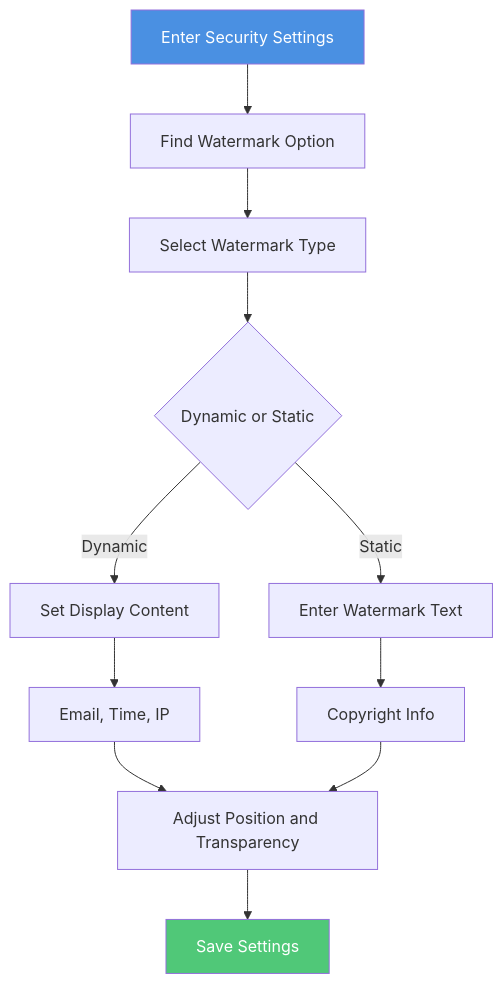
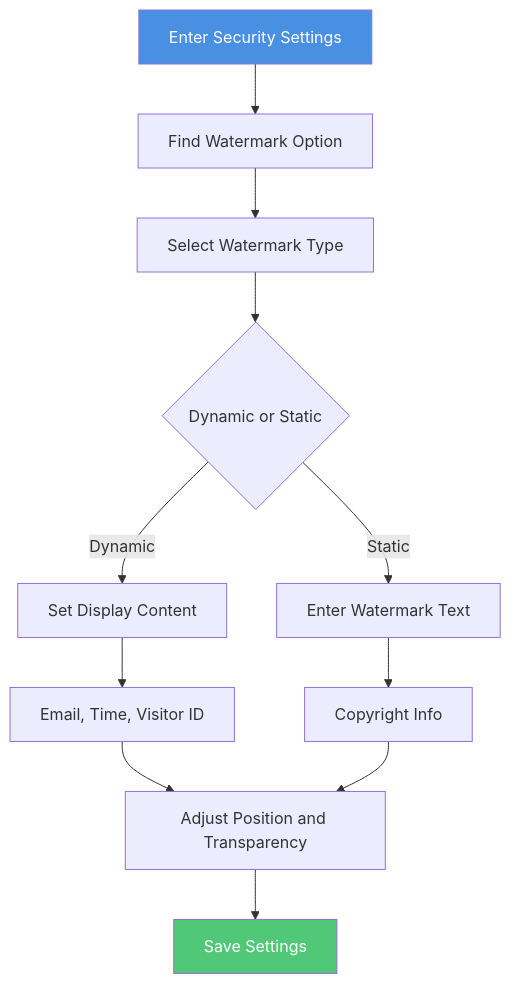
One commit to mythenigma/cloudflareAstro changed the second of 3 diagrams in src/content/blog/en/pdf-link-view-limit-watermark.md. Above: the diagram before and after it, drawn with Mermaid. The commit also changed other lines of this file and 353 other files, not shown here.

````diff
--- a/src/content/blog/en/pdf-link-view-limit-watermark.md
+++ b/src/content/blog/en/pdf-link-view-limit-watermark.md
@@ -99,16 +99,16 @@
 ```mermaid
 flowchart TD
     A[Enter Security Settings] --> B[Find Watermark Option]
     B --> C[Select Watermark Type]
     C --> D{Dynamic or Static}
     D -->|Dynamic| E[Set Display Content]
     D -->|Static| F[Enter Watermark Text]
-    E --> G[Email, Time, IP]
+    E --> G[Email, Time, Visitor ID]
     F --> H[Copyright Info]
     G --> I[Adjust Position and Transparency]
     H --> I
     I --> J[Save Settings]
     
     style A fill:#4A90E2,color:#fff
     style J fill:#50C878,color:#fff
 ```
````
